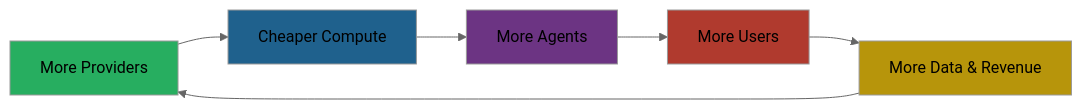
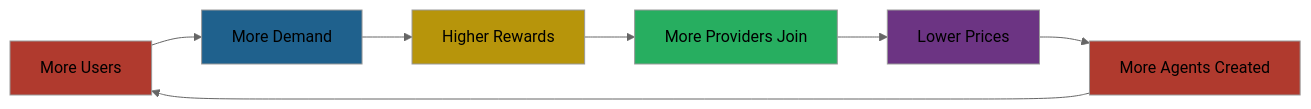
The seventh of 11 diagrams in docs/01-foundation/litepaper.md (CipherOcto/cipherocto), drawn with Mermaid (neutral theme) before and after one commit. The commit also changed other lines of this file, not shown here.

````diff
--- a/docs/01-foundation/litepaper.md
+++ b/docs/01-foundation/litepaper.md
@@ -400,14 +482,16 @@
 ```mermaid
 graph LR
-    A[More Providers] --> B[Cheaper Compute]
-    B --> C[More Agents]
-    C --> D[More Users]
-    D --> E[More Data & Revenue]
-    E --> A
+    A[More Users] --> B[More Demand]
+    B --> C[Higher Rewards]
+    C --> D[More Providers Join]
+    D --> E[Lower Prices]
+    E --> F[More Agents Created]
+    F --> A
 
-    style A fill:#27ae60
+    style A fill:#b03a2e
     style B fill:#1f618d
-    style C fill:#6c3483
-    style D fill:#b03a2e
-    style E fill:#b7950b
+    style C fill:#b7950b
+    style D fill:#27ae60
+    style E fill:#6c3483
+    style F fill:#b03a2e
 ```
````
